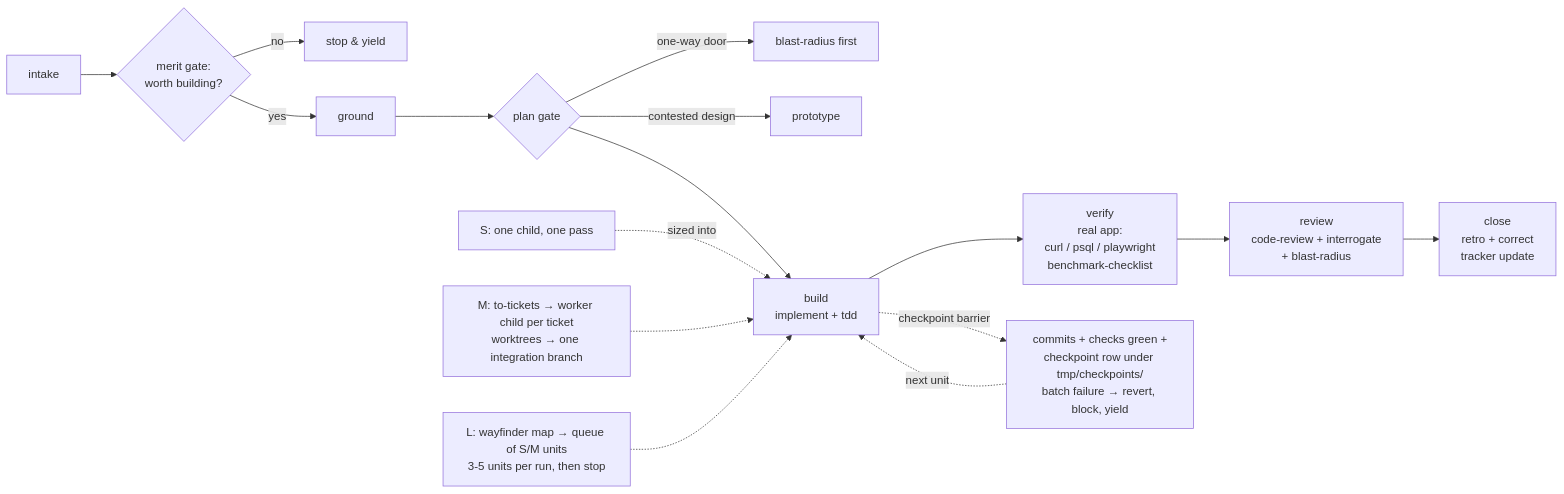
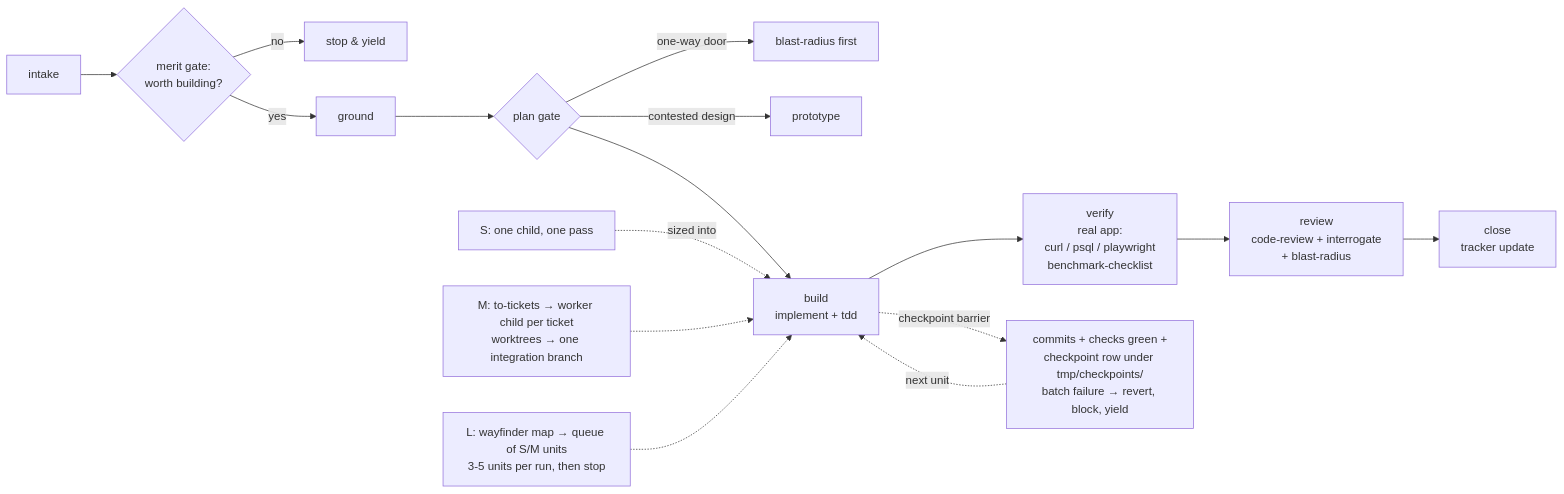
One commit to kushaldotdev/rigor-pack changed the diagram in .agents/skills/rigor/SKILL.md. Above: the diagram before and after it, drawn with Mermaid. The commit also changed other lines of this file, not shown here.

````diff
--- a/.agents/skills/rigor/SKILL.md
+++ b/.agents/skills/rigor/SKILL.md
@@ -36,14 +36,14 @@
 ```mermaid
 flowchart LR
   I[intake] --> MG{"merit gate:\nworth building?"}
   MG -- no --> X[stop & yield]
   MG -- yes --> G[ground] --> P{"plan gate"}
   P -- "one-way door" --> BR[blast-radius first]
   P -- contested design --> PR[prototype]
-  P --> B[build\nimplement + tdd] --> V[verify\nreal app:\ncurl / psql / playwright\nbenchmark-checklist] --> R[review\ncode-review + interrogate\n+ blast-radius] --> C[close\nretro + correct\ntracker update]
+  P --> B[build\nimplement + tdd] --> V[verify\nreal app:\ncurl / psql / playwright\nbenchmark-checklist] --> R[review\ncode-review + interrogate\n+ blast-radius] --> C[close\ntracker update]
   S["S: one child, one pass"] -. sized into .-> B
   M["M: to-tickets → worker child per ticket\nworktrees → one integration branch"] -.-> B
   L["L: wayfinder map → queue of S/M units\n3-5 units per run, then stop"] -.-> B
   B -. checkpoint barrier .-> CP["commits + checks green +\ncheckpoint row under tmp/checkpoints/\nbatch failure → revert, block, yield"]
   CP -. next unit .-> B
 ```
````
